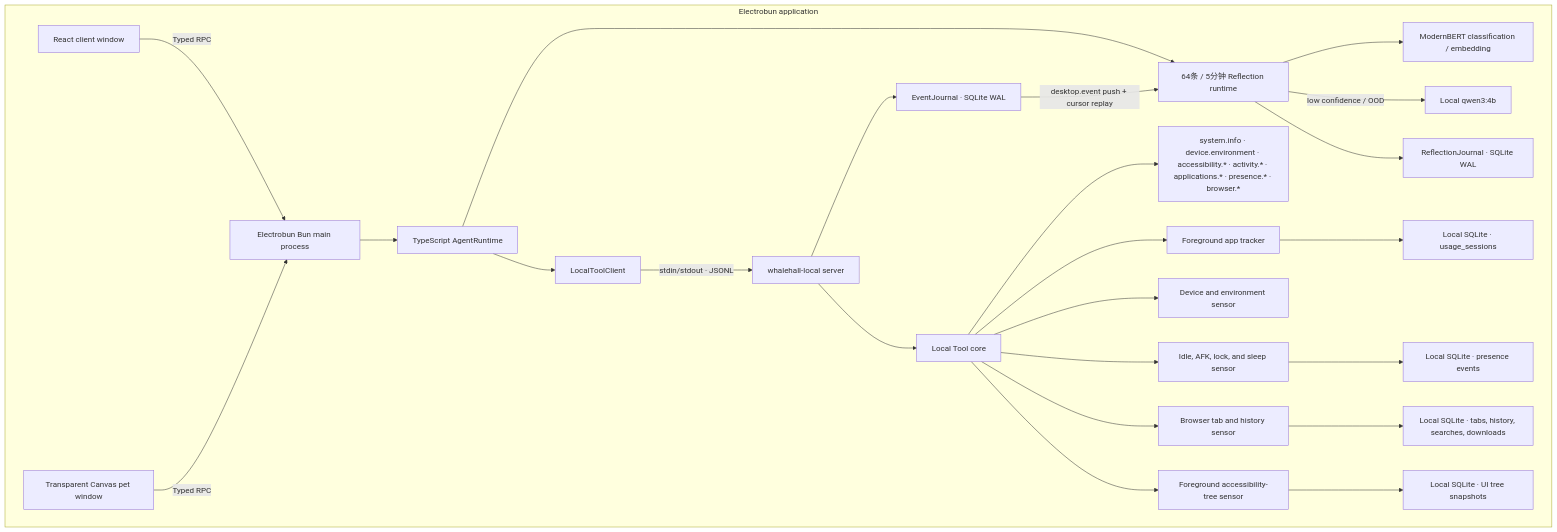
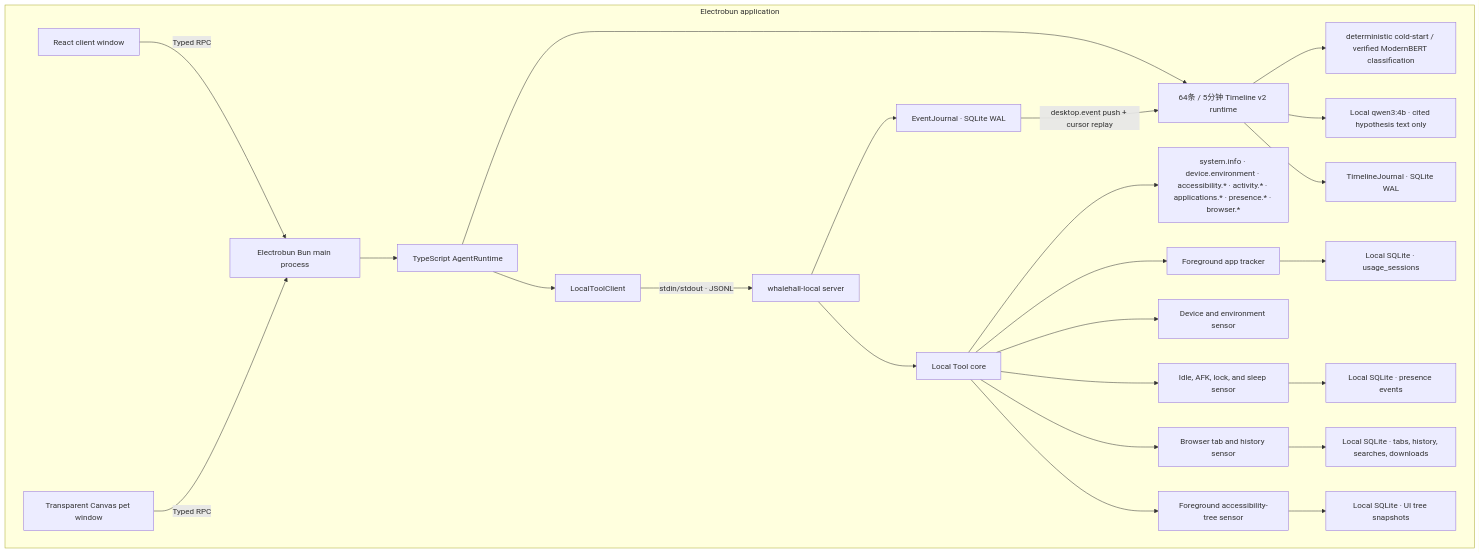
The diagram in README.md (Sea-Go/Sea-WhaleHall), drawn with Mermaid before and after one commit. The commit also changed other lines of this file and 6 other files, not shown here.

Commit message:
feat(agent): add verified ModernBERT episode adapter

````diff
--- a/README.md
+++ b/README.md
@@ -11,27 +11,27 @@
 ```mermaid
 flowchart TB
   subgraph App["Electrobun application"]
     Client["React client window"] -->|"Typed RPC"| Bun["Electrobun Bun main process"]
     Pet["Transparent Canvas pet window"] -->|"Typed RPC"| Bun
     Bun --> Agent["TypeScript AgentRuntime"]
     Agent --> LocalClient["LocalToolClient"]
-    Agent --> Reflection["64条 / 5分钟 Reflection runtime"]
+    Agent --> Reflection["64条 / 5分钟 Timeline v2 runtime"]
     LocalClient -->|"stdin/stdout · JSONL"| Server["whalehall-local server"]
     Server --> EventJournal["EventJournal · SQLite WAL"]
     EventJournal -->|"desktop.event push + cursor replay"| Reflection
-    Reflection --> ModernBERT["ModernBERT classification / embedding"]
-    Reflection -->|"low confidence / OOD"| Qwen["Local qwen3:4b"]
-    Reflection --> ReflectionJournal["ReflectionJournal · SQLite WAL"]
+    Reflection --> Classifier["deterministic cold-start / verified ModernBERT classification"]
+    Reflection --> Qwen["Local qwen3:4b · cited hypothesis text only"]
+    Reflection --> ReflectionJournal["TimelineJournal · SQLite WAL"]
     Server --> Core["Local Tool core"]
     Core --> Tools["system.info · device.environment · accessibility.* · activity.* · applications.* · presence.* · browser.*"]
     Core --> Accessibility["Foreground accessibility-tree sensor"]
     Core --> DeviceSensor["Device and environment sensor"]
     Core --> Tracker["Foreground app tracker"]
     Core --> Presence["Idle, AFK, lock, and sleep sensor"]
     Core --> Browser["Browser tab and history sensor"]
     Tracker --> SQLite["Local SQLite · usage_sessions"]
     Presence --> PresenceSQLite["Local SQLite · presence events"]
     Browser --> BrowserSQLite["Local SQLite · tabs, history, searches, downloads"]
     Accessibility --> AccessibilitySQLite["Local SQLite · UI tree snapshots"]
   end
 ```
````
